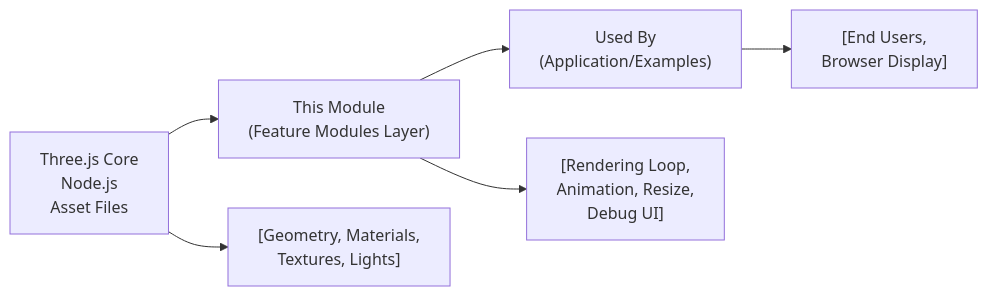
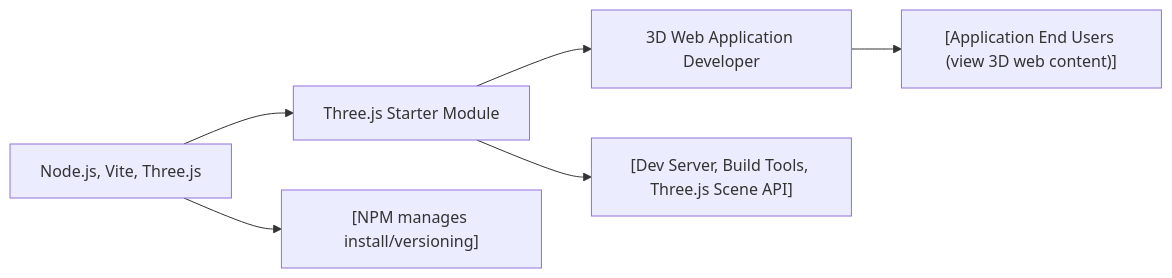
The diagram in .shelfya/README.md (NicoooM/three-js-test), drawn with Mermaid before and after one commit. The commit also changed other lines of this file and 6 other files, not shown here.

````diff
--- a/.shelfya/README.md
+++ b/.shelfya/README.md
@@ -70,7 +45,7 @@
 ```mermaid
 flowchart LR
-  dependencies["Three.js Core<br>Node.js<br>Asset Files"] --> thisModule["This Module<br>(Feature Modules Layer)"] --> usedBy["Used By<br>(Application/Examples)"]
-  dependencies --> details["[Geometry, Materials,<br>Textures, Lights]"]
-  thisModule --> process["[Rendering Loop,<br>Animation, Resize,<br>Debug UI]"] 
-  usedBy --> consumers["[End Users,<br>Browser Display]"]
+  dependencies["Node.js, Vite, Three.js"] --> thisModule["Three.js Starter Module"] --> usedBy["3D Web Application Developer"]
+  dependencies --> details["[NPM manages install/versioning]"]
+  thisModule --> process["[Dev Server, Build Tools, Three.js Scene API]"] 
+  usedBy --> consumers["[Application End Users (view 3D web content)]"]
 ```
````
